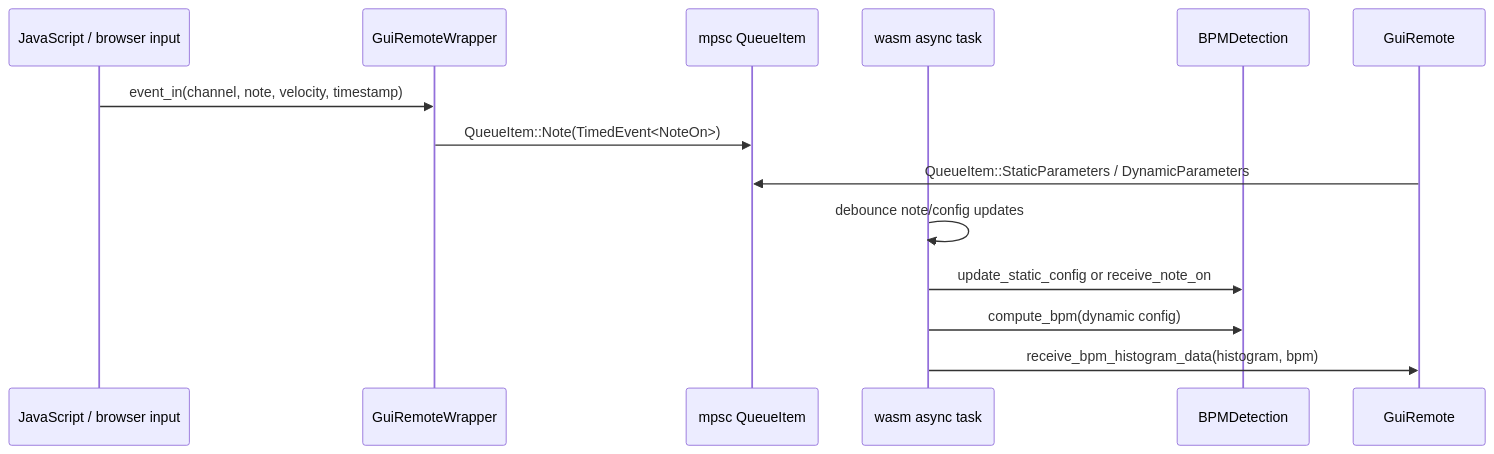
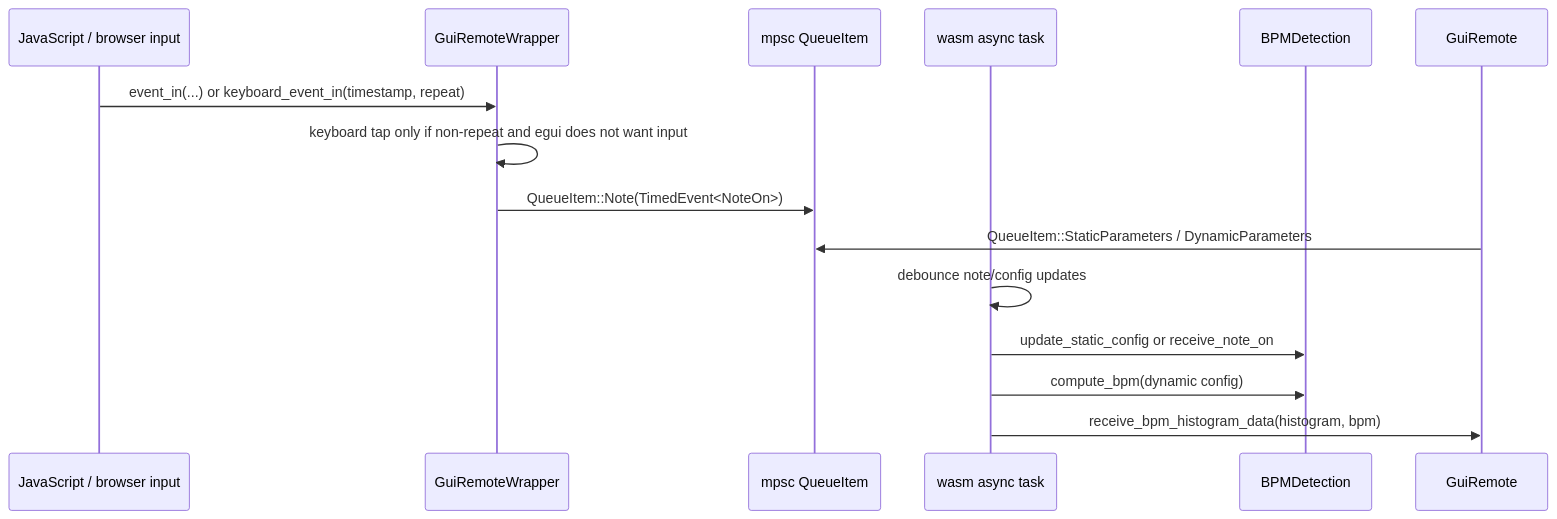
Diagram 11 of 11 in docs/runtime-lifecycle.md (valsteen/midi_bpm_detection), drawn with Mermaid before and after one commit. The commit also changed 3 other files, not shown here.

Commit message:
fix: route WASM keyboard taps around egui focus

````diff
--- a/docs/runtime-lifecycle.md
+++ b/docs/runtime-lifecycle.md
@@ -390,17 +390,18 @@
 ```mermaid
 sequenceDiagram
     participant JS as JavaScript / browser input
     participant Wrapper as GuiRemoteWrapper
     participant Queue as mpsc QueueItem
     participant Task as wasm async task
     participant Model as BPMDetection
     participant Gui as GuiRemote
 
-    JS->>Wrapper: event_in(channel, note, velocity, timestamp)
+    JS->>Wrapper: event_in(...) or keyboard_event_in(timestamp, repeat)
+    Wrapper->>Wrapper: keyboard tap only if non-repeat and egui does not want input
     Wrapper->>Queue: QueueItem::Note(TimedEvent<NoteOn>)
     Gui->>Queue: QueueItem::StaticParameters / DynamicParameters
     Task->>Task: debounce note/config updates
     Task->>Model: update_static_config or receive_note_on
     Task->>Model: compute_bpm(dynamic config)
     Task->>Gui: receive_bpm_histogram_data(histogram, bpm)
 ```
````
